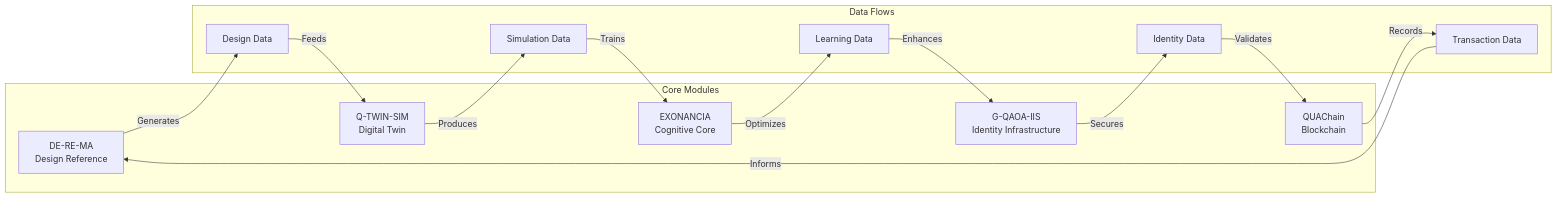
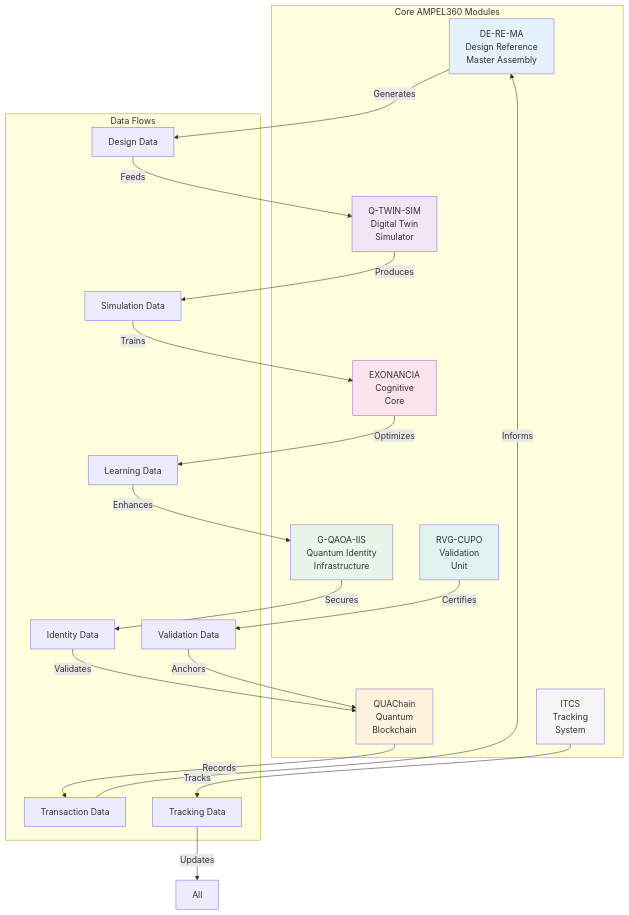
Before and after one commit to Robbbo-T/Robbbo-T: the seventh of 33 diagrams in README.md, drawn with Mermaid. The commit also changed other lines of this file, not shown here.

````diff
--- a/README.md
+++ b/README.md
@@ -826,33 +1242,51 @@
 ```mermaid
-graph LR
-    subgraph "Core Modules"
-        DRMA[DE-RE-MA<br/>Design Reference]
-        GQIIS[G-QAOA-IIS<br/>Identity Infrastructure]
-        QTS[Q-TWIN-SIM<br/>Digital Twin]
-        QC[QUAChain<br/>Blockchain]
-        EXO[EXONANCIA<br/>Cognitive Core]
+graph TB
+    subgraph "Core AMPEL360 Modules"
+        DRMA[DE-RE-MA<br/>Design Reference<br/>Master Assembly]
+        GQIIS[G-QAOA-IIS<br/>Quantum Identity<br/>Infrastructure]
+        QTS[Q-TWIN-SIM<br/>Digital Twin<br/>Simulator]
+        QC[QUAChain<br/>Quantum<br/>Blockchain]
+        EXO[EXONANCIA<br/>Cognitive<br/>Core]
+        RVG[RVG-CUPO<br/>Validation<br/>Unit]
+        ITC[ITCS<br/>Tracking<br/>System]
     end
     
     subgraph "Data Flows"
         DF1[Design Data]
         DF2[Identity Data]
         DF3[Simulation Data]
         DF4[Transaction Data]
         DF5[Learning Data]
+        DF6[Validation Data]
+        DF7[Tracking Data]
     end
     
     DRMA -->|Generates| DF1
     DF1 -->|Feeds| QTS
     
     GQIIS -->|Secures| DF2
     DF2 -->|Validates| QC
     
     QTS -->|Produces| DF3
     DF3 -->|Trains| EXO
     
     QC -->|Records| DF4
     DF4 -->|Informs| DRMA
     
     EXO -->|Optimizes| DF5
     DF5 -->|Enhances| GQIIS
+    
+    RVG -->|Certifies| DF6
+    DF6 -->|Anchors| QC
+    
+    ITC -->|Tracks| DF7
+    DF7 -->|Updates| All
+    
+    style DRMA fill:#e3f2fd
+    style QTS fill:#f3e5f5
+    style QC fill:#fff3e0
+    style EXO fill:#fce4ec
+    style RVG fill:#e0f2f1
+    style ITC fill:#f5f5f5
+    style GQIIS fill:#e8f5e9
 ```
````
